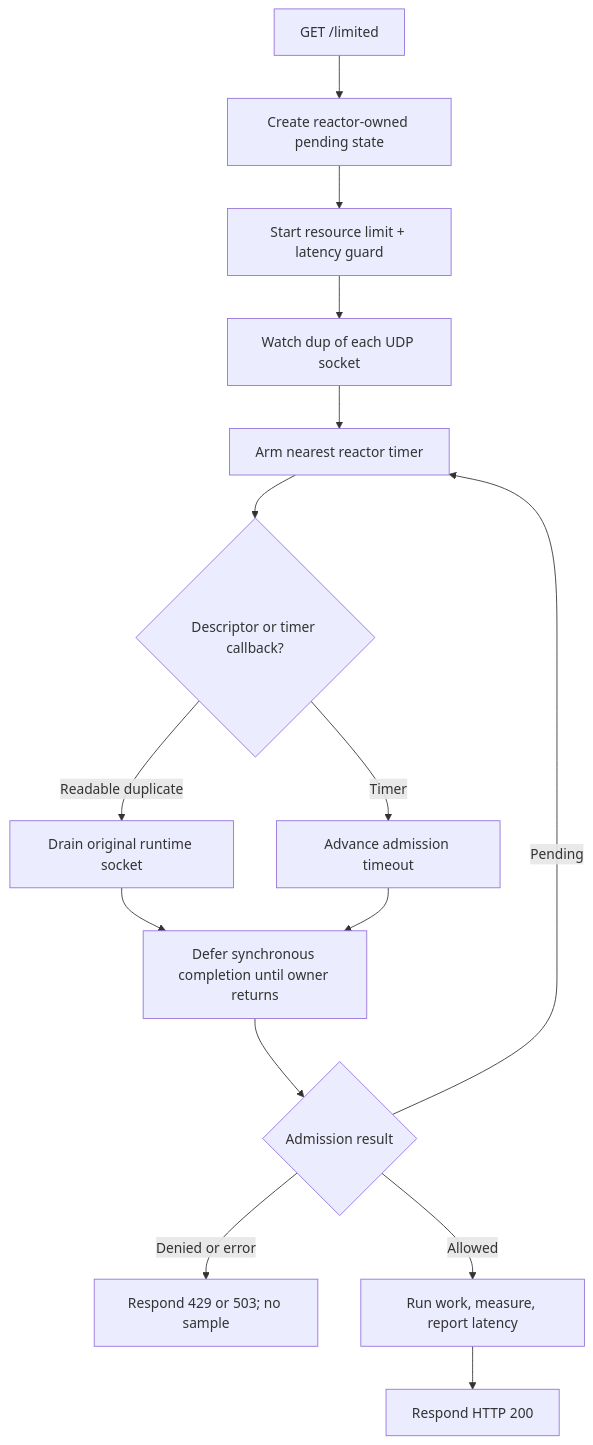
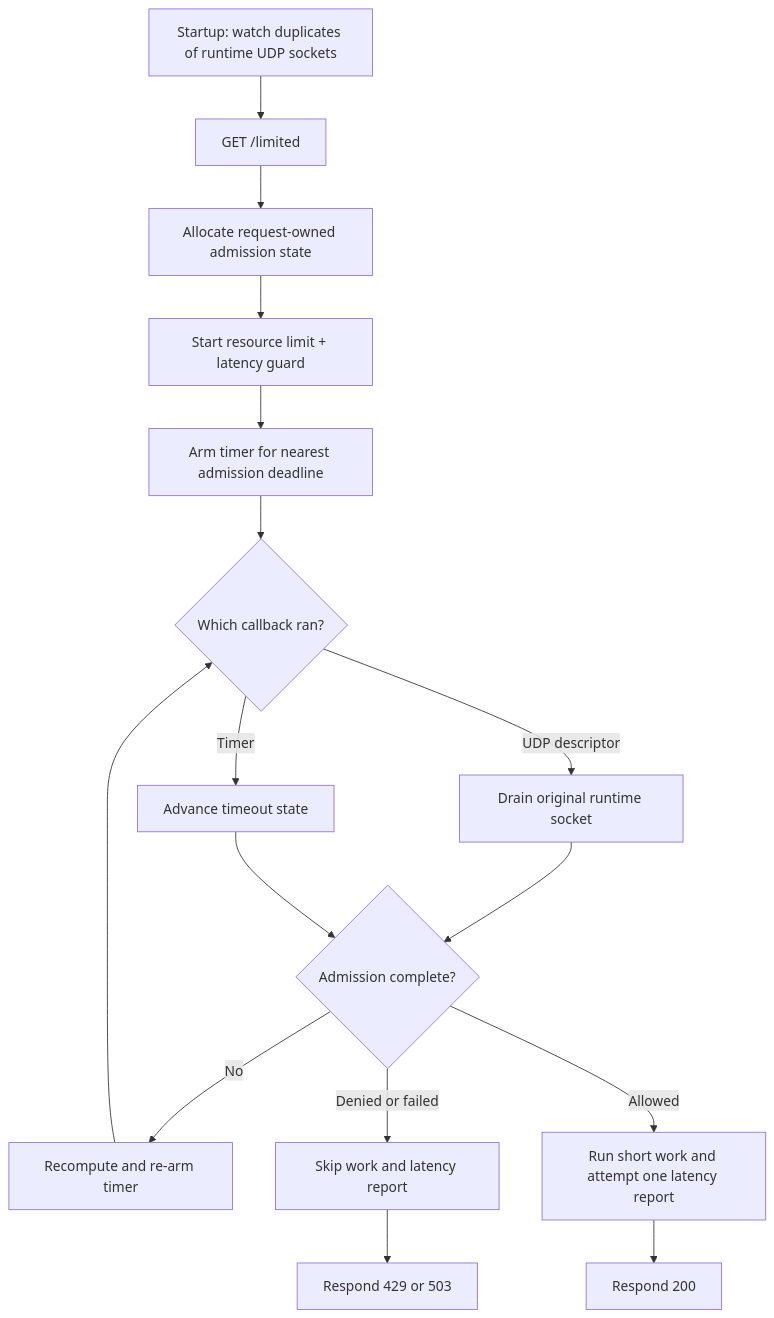
The diagram in examples/libreactor/README.md (ratelimitly-com/rl-c-client), drawn with Mermaid before and after one commit. The commit also changed other lines of this file, not shown here.

Commit message:
docs(libreactor): explain callback ownership

````diff
--- a/examples/libreactor/README.md
+++ b/examples/libreactor/README.md
@@ -14,17 +34,18 @@
 ```mermaid
 flowchart TD
-    Request["GET /limited"] --> Pending["Create reactor-owned pending state"]
+    Startup["Startup: watch duplicates of runtime UDP sockets"] --> Request["GET /limited"]
+    Request --> Pending["Allocate request-owned admission state"]
     Pending --> Start["Start resource limit + latency guard"]
-    Start --> Watch["Watch dup of each UDP socket"]
-    Watch --> Timer["Arm nearest reactor timer"]
-    Timer --> Event{"Descriptor or timer callback?"}
-    Event -->|Readable duplicate| Read["Drain original runtime socket"]
-    Event -->|Timer| Timeout["Advance admission timeout"]
-    Read --> Complete["Defer synchronous completion until owner returns"]
+    Start --> Timer["Arm timer for nearest admission deadline"]
+    Timer --> Event{"Which callback ran?"}
+    Event -->|UDP descriptor| Read["Drain original runtime socket"]
+    Event -->|Timer| Timeout["Advance timeout state"]
+    Read --> Complete{"Admission complete?"}
     Timeout --> Complete
-    Complete --> Decision{"Admission result"}
-    Decision -->|Pending| Timer
-    Decision -->|Denied or error| Reject["Respond 429 or 503; no sample"]
-    Decision -->|Allowed| Work["Run work, measure, report latency"]
-    Work --> Response["Respond HTTP 200"]
+    Complete -->|No| Rearm["Recompute and re-arm timer"]
+    Rearm --> Event
+    Complete -->|Denied or failed| Reject["Skip work and latency report"]
+    Complete -->|Allowed| Work["Run short work and attempt one latency report"]
+    Reject --> Response["Respond 429 or 503"]
+    Work --> Response200["Respond 200"]
 ```
````
